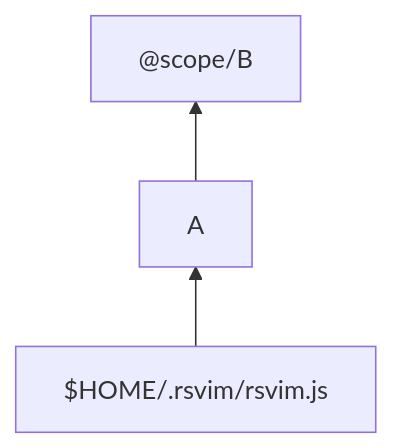
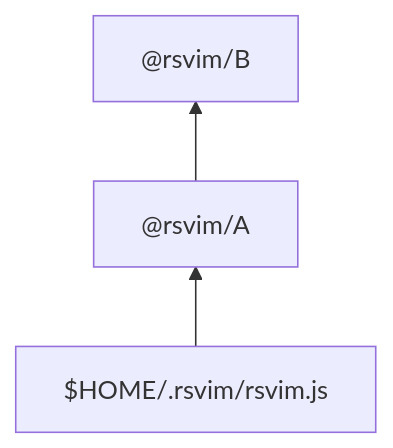
One commit to rsvim/rsvim.github.io changed the diagram in docs/manual/configuration/install_plugin.md. Above: the diagram before and after it, drawn with Mermaid.

````diff
--- a/docs/manual/configuration/install_plugin.md
+++ b/docs/manual/configuration/install_plugin.md
@@ -173,5 +173,5 @@
 ```mermaid
 graph BT;
-    $HOME/.rsvim/rsvim.js-->A;
-    A-->B["@scope/B"];
+    $HOME/.rsvim/rsvim.js-->A["@rsvim/A"];
+    A-->B["@rsvim/B"];
 ```
````
